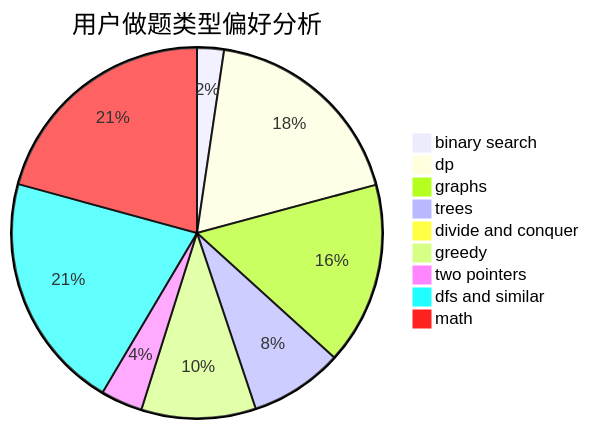
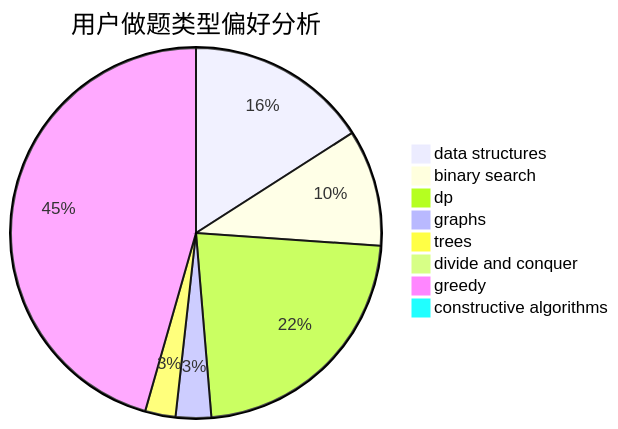
Before and after one commit to sherpahu/cfrs.github.io: the second of 3 diagrams in docs/user/u2768.md, drawn with Mermaid. The commit also changed other lines of this file and 2775 other files, not shown here.

````diff
--- a/docs/user/u2768.md
+++ b/docs/user/u2768.md
@@ -23,12 +23,11 @@
 ```mermaid
 pie title 用户做题类型偏好分析
-    "binary search" :  34
-    "dp" :  268
-    "graphs" :  231
-    "trees" :  118
-    "divide and conquer" :  13
-    "greedy" :  145
-    "two pointers" :  53
-    "dfs and similar" :  301
-    "math" :  301
+    "data structures" :  36
+    "binary search" :  23
+    "dp" :  51
+    "graphs" :  7
+    "trees" :  6
+    "divide and conquer" :  0
+    "greedy" :  103
+    "constructive algorithms" :  2
 ```
````
